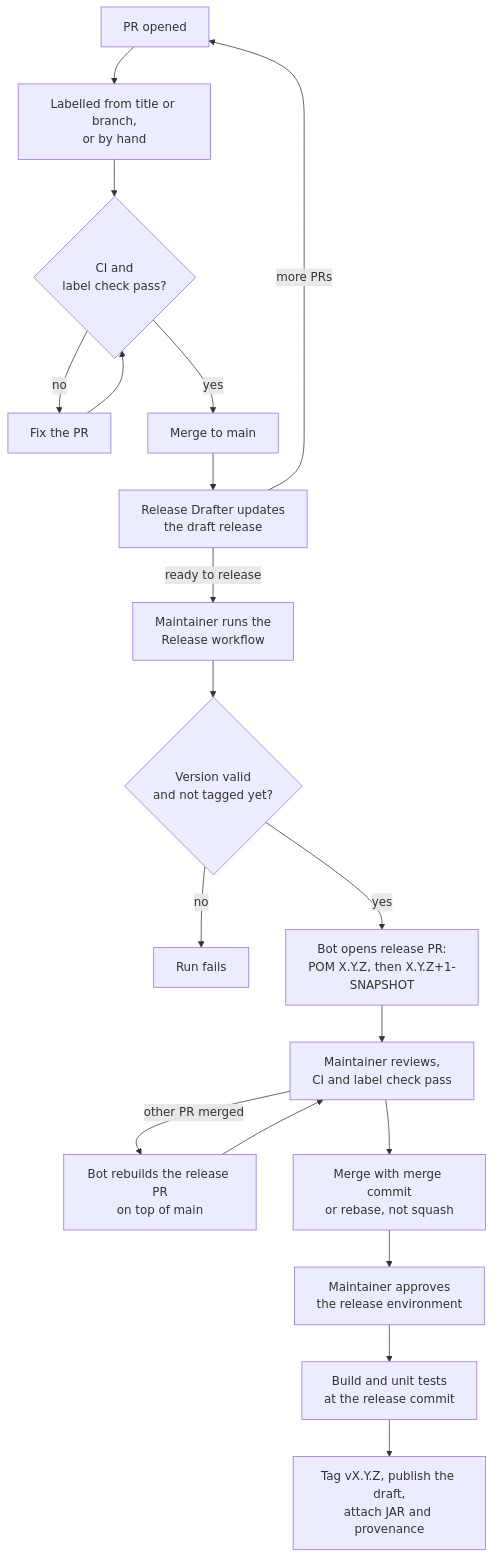
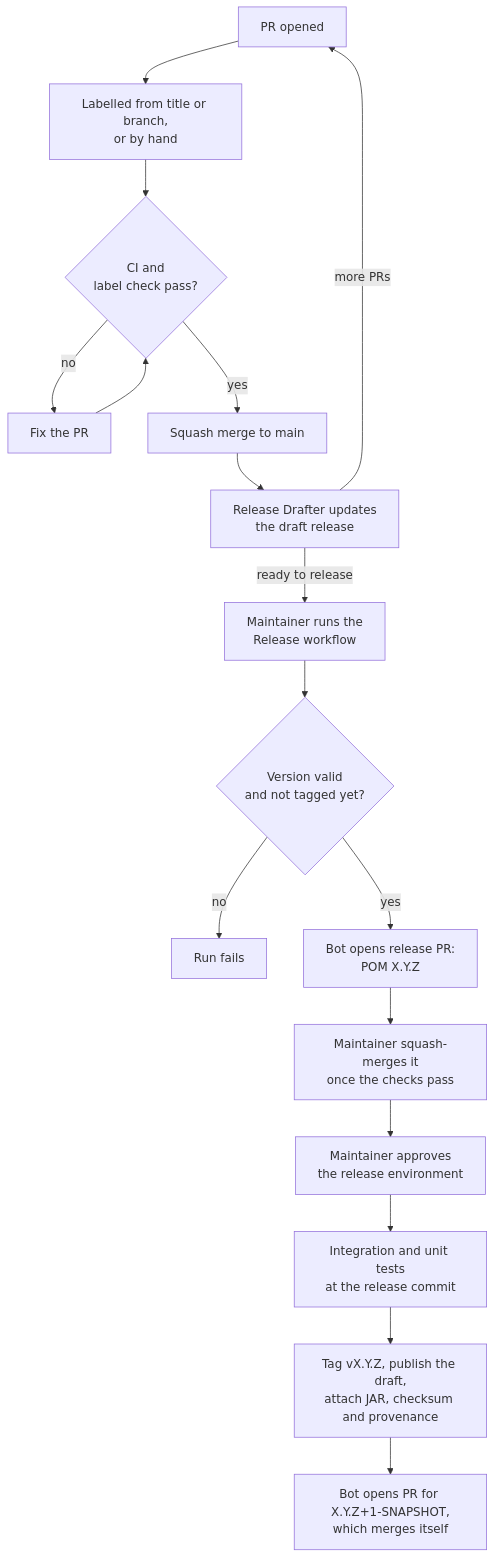
Before and after one commit to InsaneDwayne/keycloak-email-domain-policy: the diagram in docs/releasing.md, drawn with Mermaid. The commit also changed other lines of this file and 4 other files, not shown here.

````diff
--- a/docs/releasing.md
+++ b/docs/releasing.md
@@ -8,20 +9,18 @@
 ```mermaid
 flowchart TD
     pr[PR opened] --> label[Labelled from title or branch,<br/>or by hand]
     label --> checks{CI and<br/>label check pass?}
     checks -- no --> fix[Fix the PR] --> checks
-    checks -- yes --> merge[Merge to main]
+    checks -- yes --> merge[Squash merge to main]
     merge --> draft[Release Drafter updates<br/>the draft release]
     draft -- more PRs --> pr
     draft -- ready to release --> run[Maintainer runs the<br/>Release workflow]
     run --> check{Version valid<br/>and not tagged yet?}
     check -- no --> failed[Run fails]
-    check -- yes --> relpr[Bot opens release PR:<br/>POM X.Y.Z, then X.Y.Z+1-SNAPSHOT]
-    relpr --> review[Maintainer reviews,<br/>CI and label check pass]
-    review -- other PR merged --> rebuild[Bot rebuilds the release PR<br/>on top of main]
-    rebuild --> review
-    review --> relmerge[Merge with merge commit<br/>or rebase, not squash]
+    check -- yes --> relpr[Bot opens release PR:<br/>POM X.Y.Z]
+    relpr --> relmerge[Maintainer squash-merges it<br/>once the checks pass]
     relmerge --> approve[Maintainer approves<br/>the release environment]
-    approve --> build[Build and unit tests<br/>at the release commit]
-    build --> publish[Tag vX.Y.Z, publish the draft,<br/>attach JAR and provenance]
+    approve --> build[Integration and unit tests<br/>at the release commit]
+    build --> publish[Tag vX.Y.Z, publish the draft,<br/>attach JAR, checksum and provenance]
+    publish --> next[Bot opens PR for X.Y.Z+1-SNAPSHOT,<br/>which merges itself]
 ```
````
